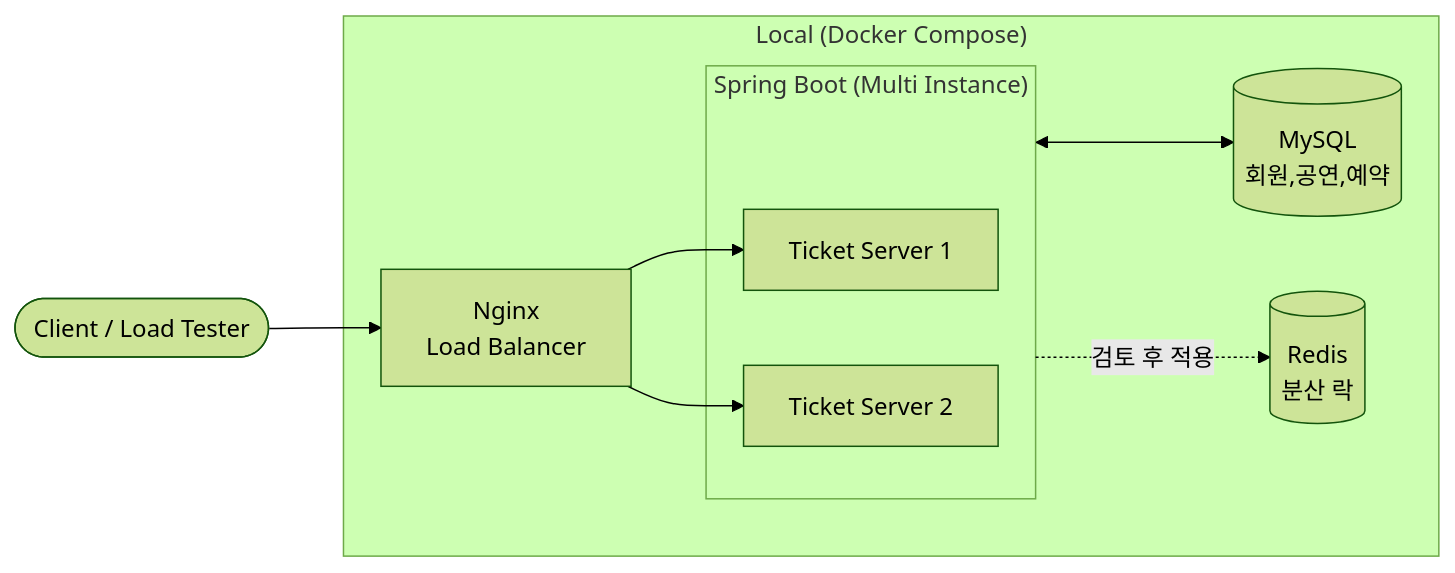
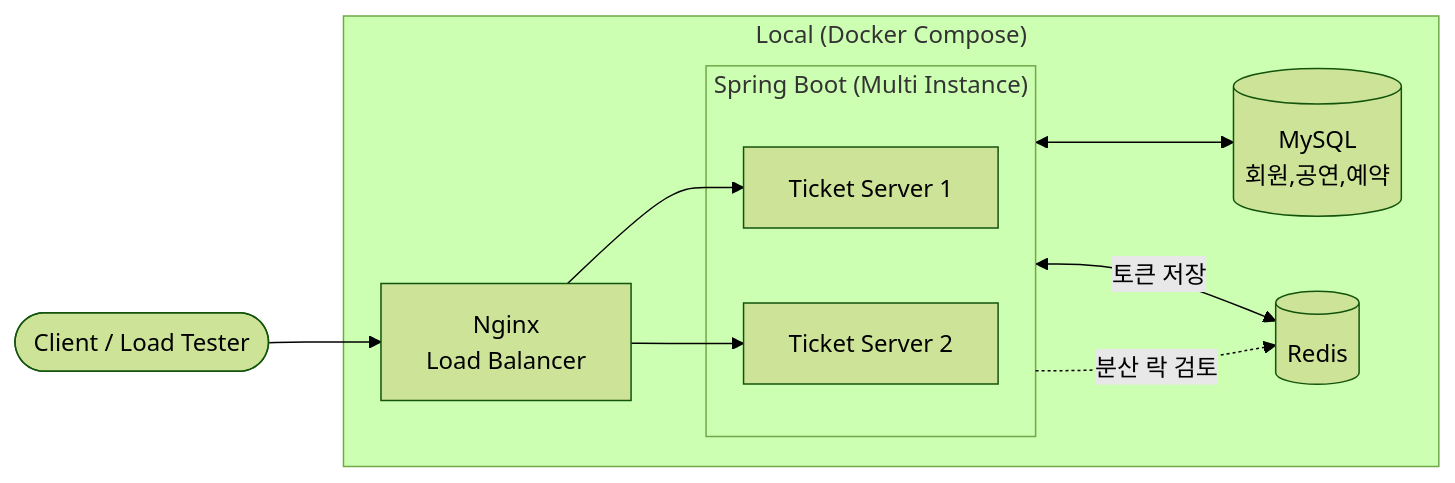
Before and after one commit to f-lab-edu/ticket-reservation-api: the diagram in README.md, drawn with Mermaid (forest theme). The commit also changed other lines of this file and 21 other files, not shown here.

````diff
--- a/README.md
+++ b/README.md
@@ -16,22 +18,23 @@
 ```mermaid
 flowchart LR
     Client([Client / Load Tester])
 
     subgraph Local["Local (Docker Compose)"]
         Nginx[Nginx<br/>Load Balancer]
 
         subgraph Apps["Spring Boot (Multi Instance)"]
             App1[Ticket Server 1]
             App2[Ticket Server 2]
         end
 
         MySQL[(MySQL<br/>회원,공연,예약)]
-        Redis[(Redis<br/>분산 락)]
+        Redis[(Redis)]
     end
 
     Client --> Nginx
     Nginx --> App1
     Nginx --> App2
     Apps <--> MySQL
-    Apps -.->|검토 후 적용| Redis
+    Apps <-->|토큰 저장| Redis
+    Apps -.->|분산 락 검토| Redis
 ```
````
